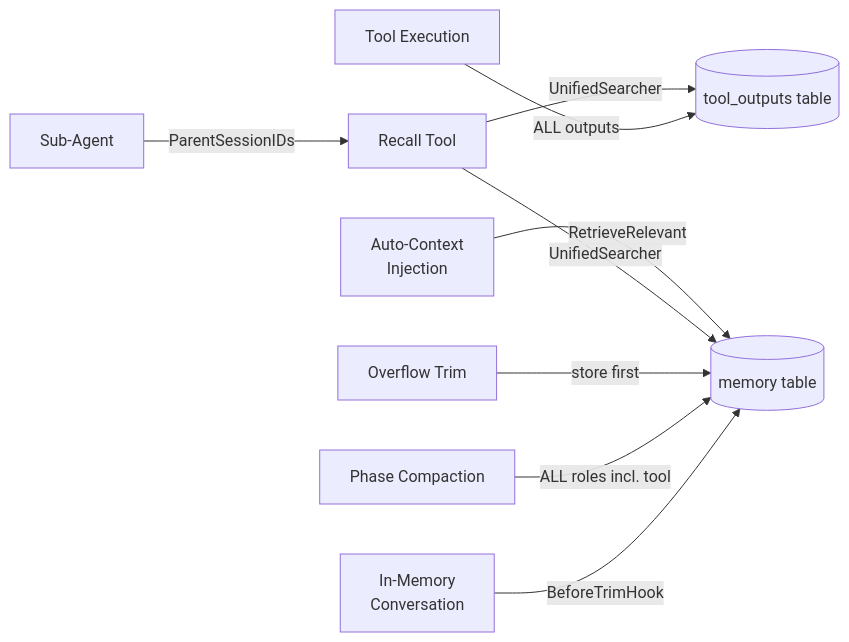
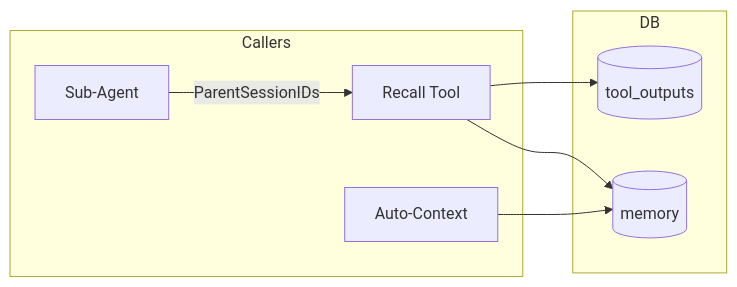
The fifth of 5 diagrams in docs/architecture/Architecture Overview.md (gr3enarr0w/synapserouter), drawn with Mermaid before and after one commit. The commit also changed other lines of this file and 9 other files, not shown here.

````diff
--- a/docs/architecture/Architecture Overview.md
+++ b/docs/architecture/Architecture Overview.md
@@ -52,13 +115,18 @@
 ```mermaid
 graph LR
-    ToolExec[Tool Execution] -->|ALL outputs| ToolStore[(tool_outputs table)]
-    Conversation[In-Memory<br>Conversation] -->|BeforeTrimHook| VectorMem[(memory table)]
-    Compaction[Phase Compaction] -->|ALL roles incl. tool| VectorMem
-    EmergencyTrim[Overflow Trim] -->|store first| VectorMem
+    subgraph Callers
+        Recall[Recall Tool]
+        Auto[Auto-Context]
+        Sub[Sub-Agent]
+    end
 
-    RecallTool[Recall Tool] -->|UnifiedSearcher| ToolStore
-    RecallTool -->|UnifiedSearcher| VectorMem
-    AutoContext[Auto-Context<br>Injection] -->|RetrieveRelevant| VectorMem
+    subgraph DB
+        TS[(tool_outputs)]
+        VM[(memory)]
+    end
 
-    SubAgent[Sub-Agent] -->|ParentSessionIDs| RecallTool
+    Sub -->|ParentSessionIDs| Recall
+    Recall --> TS
+    Recall --> VM
+    Auto --> VM
 ```
````
